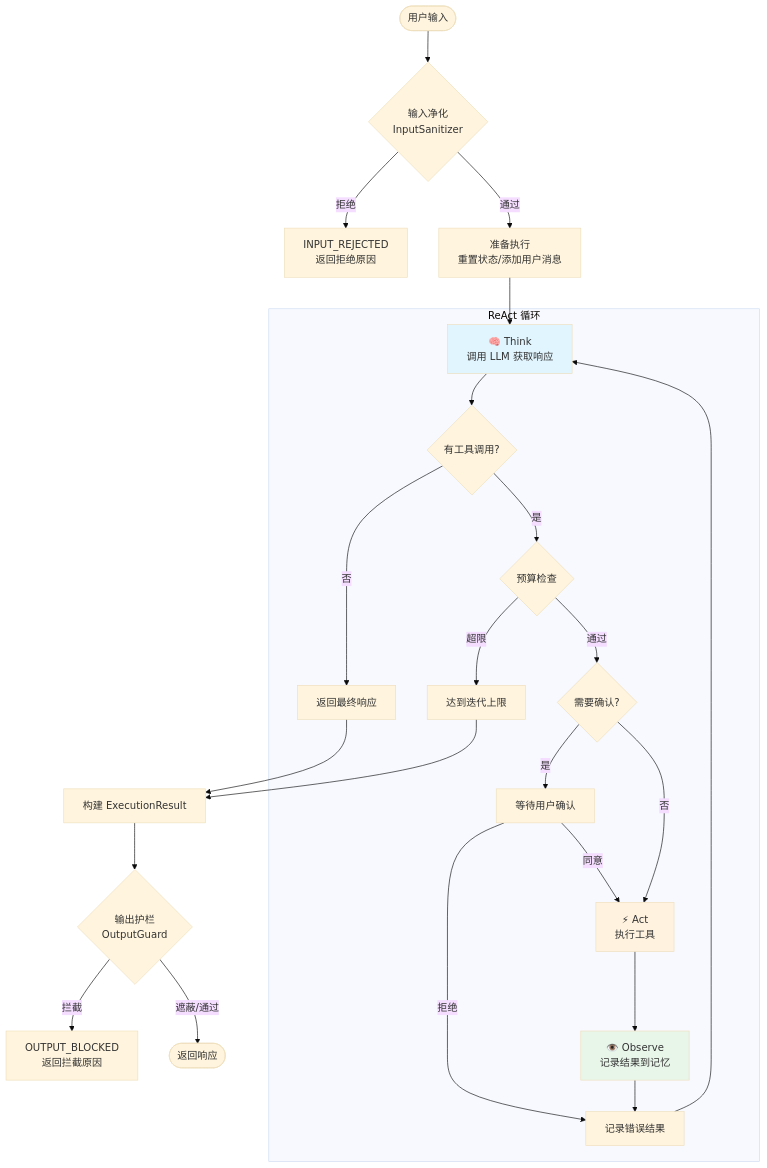
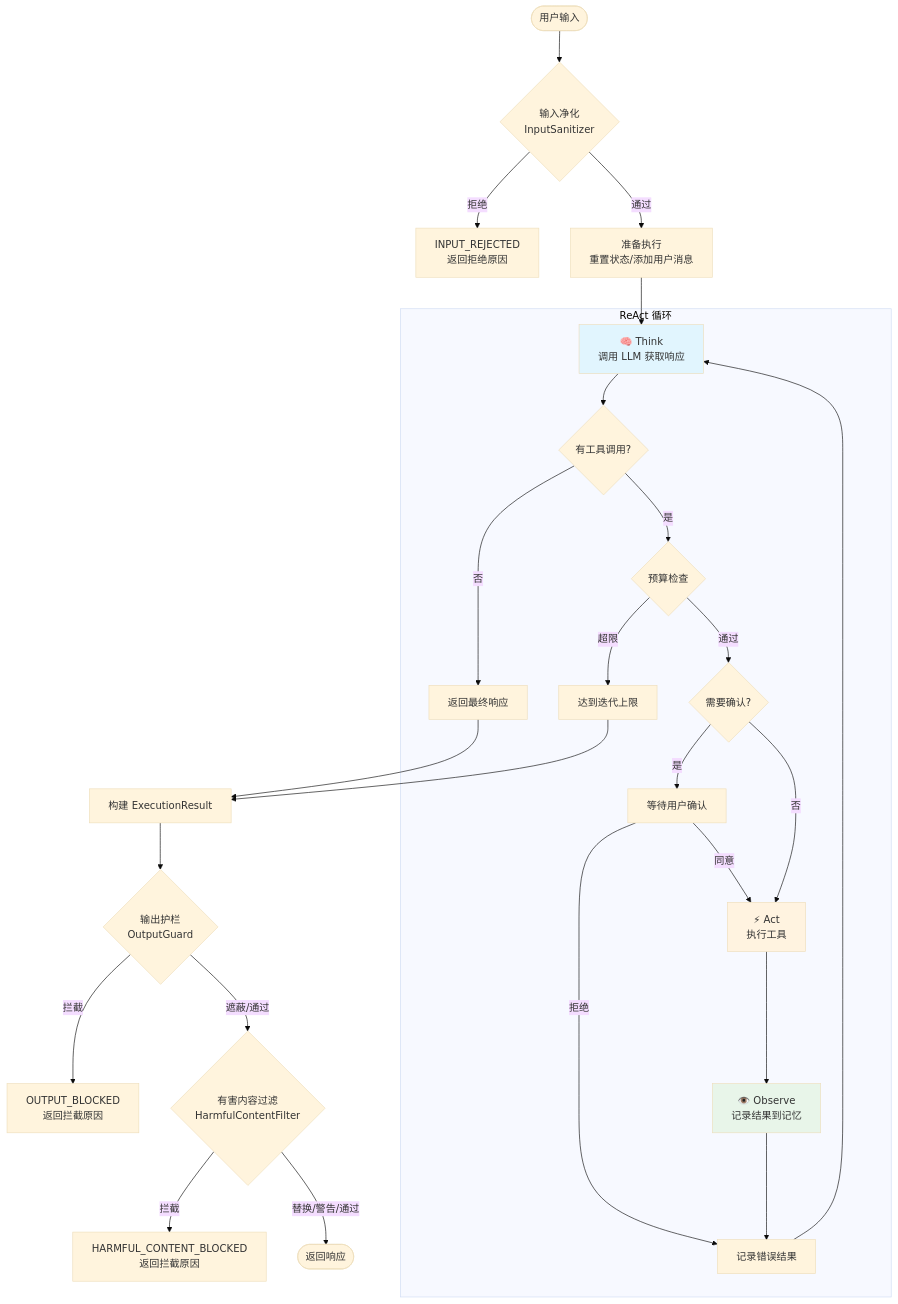
Before and after one commit to Tobytywang/NanoAgent: the third of 4 diagrams in docs/architecture.md, drawn with Mermaid (base theme). The commit also changed other lines of this file and 17 other files, not shown here.

````diff
--- a/docs/architecture.md
+++ b/docs/architecture.md
@@ -243,37 +244,39 @@
 ```mermaid
 flowchart TD
     START([用户输入]) --> SANITIZE{输入净化<br/>InputSanitizer}
     SANITIZE -->|拒绝| REJECTED[INPUT_REJECTED<br/>返回拒绝原因]
     SANITIZE -->|通过| PREP[准备执行<br/>重置状态/添加用户消息]
     PREP --> THINK
 
     subgraph Loop["ReAct 循环"]
         THINK["🧠 Think<br/>调用 LLM 获取响应"]
         THINK --> CHECK{有工具调用?}
         CHECK -->|否| FINAL[返回最终响应]
         CHECK -->|是| BUDGET{预算检查}
 
         BUDGET -->|超限| MAX[达到迭代上限]
         BUDGET -->|通过| CONFIRM{需要确认?}
 
         CONFIRM -->|是| USER_CONFIRM[等待用户确认]
         USER_CONFIRM -->|拒绝| OBSERVE_ERROR[记录错误结果]
         USER_CONFIRM -->|同意| ACT
         CONFIRM -->|否| ACT
 
         ACT["⚡ Act<br/>执行工具"]
         ACT --> OBSERVE["👁️ Observe<br/>记录结果到记忆"]
         OBSERVE --> OBSERVE_ERROR
         OBSERVE_ERROR --> THINK
     end
 
     FINAL --> BUILD[构建 ExecutionResult]
     MAX --> BUILD
     BUILD --> GUARD{输出护栏<br/>OutputGuard}
     GUARD -->|拦截| BLOCKED[OUTPUT_BLOCKED<br/>返回拦截原因]
-    GUARD -->|遮蔽/通过| END([返回响应])
+    GUARD -->|遮蔽/通过| HFILTER{有害内容过滤<br/>HarmfulContentFilter}
+    HFILTER -->|拦截| HARMFUL_BLOCKED[HARMFUL_CONTENT_BLOCKED<br/>返回拦截原因]
+    HFILTER -->|替换/警告/通过| END([返回响应])
 
     style THINK fill:#e1f5fe
     style ACT fill:#fff3e0
     style OBSERVE fill:#e8f5e9
 ```
````
